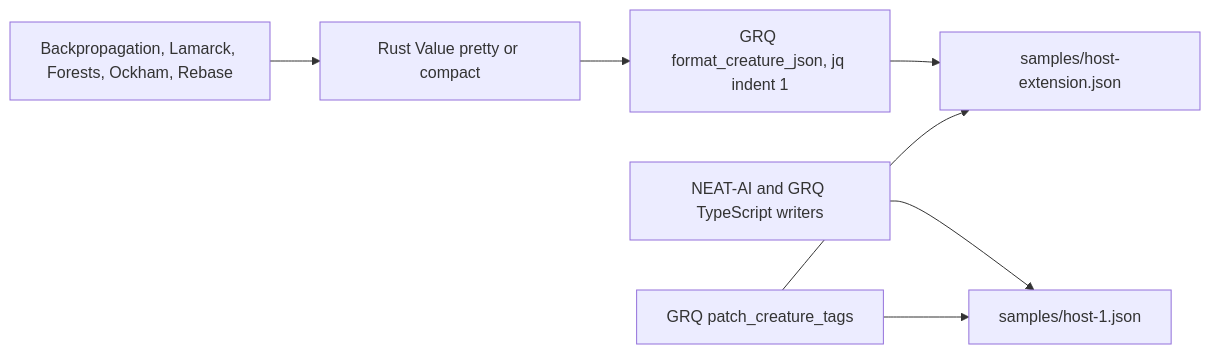
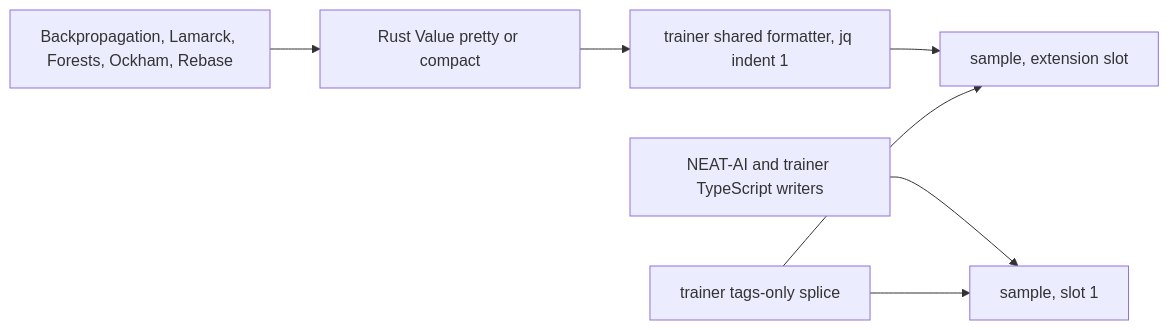
Before and after one commit to stSoftwareAU/NEAT-AI-core: the second of 2 diagrams in docs/CREATURE_JSON_PRESENTATION.md, drawn with Mermaid. The commit also changed other lines of this file and 2 other files, not shown here.

````diff
--- a/docs/CREATURE_JSON_PRESENTATION.md
+++ b/docs/CREATURE_JSON_PRESENTATION.md
@@ -328,9 +331,9 @@
 ```mermaid
 flowchart LR
-    TS[NEAT-AI and GRQ TypeScript writers] --> S1["samples/host-1.json"]
+    TS[NEAT-AI and trainer TypeScript writers] --> S1["sample, slot 1"]
     EXT["Backpropagation, Lamarck, Forests, Ockham, Rebase"] --> V[Rust Value pretty or compact]
-    V --> JQ[GRQ format_creature_json, jq indent 1]
-    JQ --> S2["samples/host-extension.json"]
-    TAG[GRQ patch_creature_tags] --> S1
+    V --> JQ[trainer shared formatter, jq indent 1]
+    JQ --> S2["sample, extension slot"]
+    TAG[trainer tags-only splice] --> S1
     TAG --> S2
 ```
````
